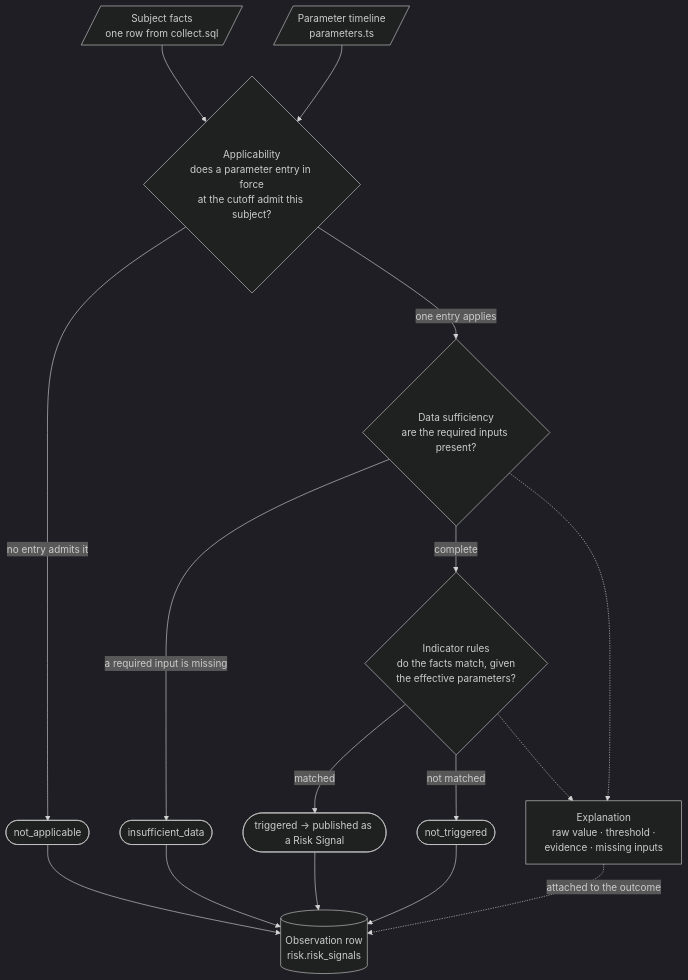
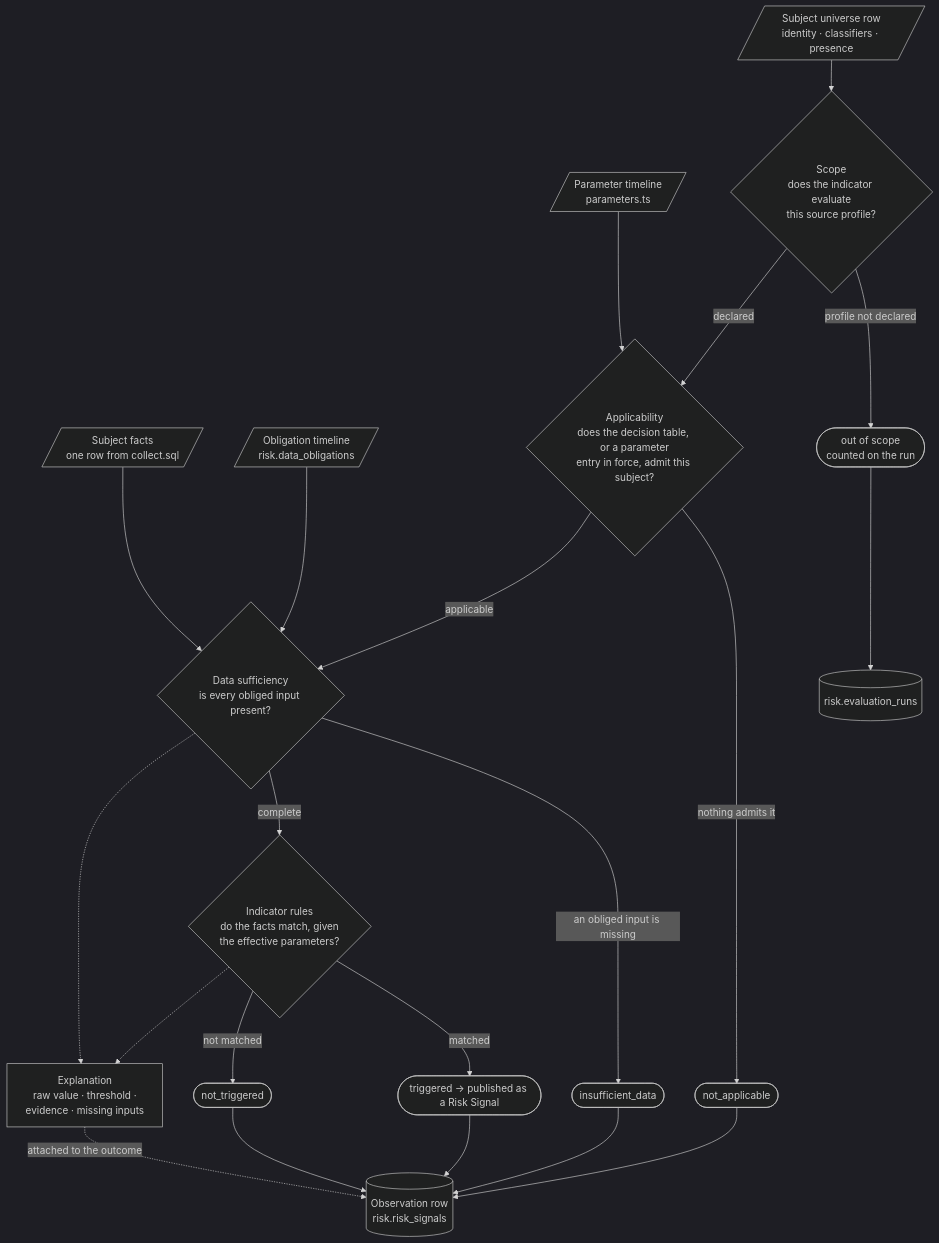
Before and after one commit to Viespirkiu-grupe/viespirkiai: the fourth of 8 diagrams in docs/indicators-story/risk-service-architecture.md, drawn with Mermaid (dark theme). The commit also changed other lines of this file and 5 other files, not shown here.

````diff
--- a/docs/indicators-story/risk-service-architecture.md
+++ b/docs/indicators-story/risk-service-architecture.md
@@ -280,30 +286,40 @@
 ```mermaid
 flowchart TB
+    U[/"Subject universe row<br/>identity · classifiers · presence"/]
     F[/"Subject facts<br/>one row from collect.sql"/]
+    O[/"Obligation timeline<br/>risk.data_obligations"/]
     P[/"Parameter timeline<br/>parameters.ts"/]
-    D1{"Applicability<br/>does a parameter entry in force<br/>at the cutoff admit this subject?"}
-    D2{"Data sufficiency<br/>are the required inputs present?"}
+    D0{"Scope<br/>does the indicator evaluate<br/>this source profile?"}
+    D1{"Applicability<br/>does the decision table, or a parameter<br/>entry in force, admit this subject?"}
+    D2{"Data sufficiency<br/>is every obliged input present?"}
     D3{"Indicator rules<br/>do the facts match, given<br/>the effective parameters?"}
     D4["Explanation<br/>raw value · threshold ·<br/>evidence · missing inputs"]
+    OS(["out of scope<br/>counted on the run"])
     NA(["not_applicable"])
     ID(["insufficient_data"])
     TR(["triggered → published as a Risk Signal"])
     NT(["not_triggered"])
     OBS[("Observation row<br/>risk.risk_signals")]
+    RUN[("risk.evaluation_runs")]
 
-    F --> D1
+    U --> D0
+    D0 -->|" profile not declared "| OS
+    D0 -->|" declared "| D1
     P --> D1
-    D1 -->|" no entry admits it "| NA
-    D1 -->|" one entry applies "| D2
-    D2 -->|" a required input is missing "| ID
+    D1 -->|" nothing admits it "| NA
+    D1 -->|" applicable "| D2
+    O --> D2
+    F --> D2
+    D2 -->|" an obliged input is missing "| ID
     D2 -->|" complete "| D3
     D3 -->|" matched "| TR
     D3 -->|" not matched "| NT
     D2 -.-> D4
     D3 -.-> D4
+    OS --> RUN
     NA --> OBS
     ID --> OBS
     TR --> OBS
     NT --> OBS
     D4 -.->|" attached to the outcome "| OBS
 ```
````
